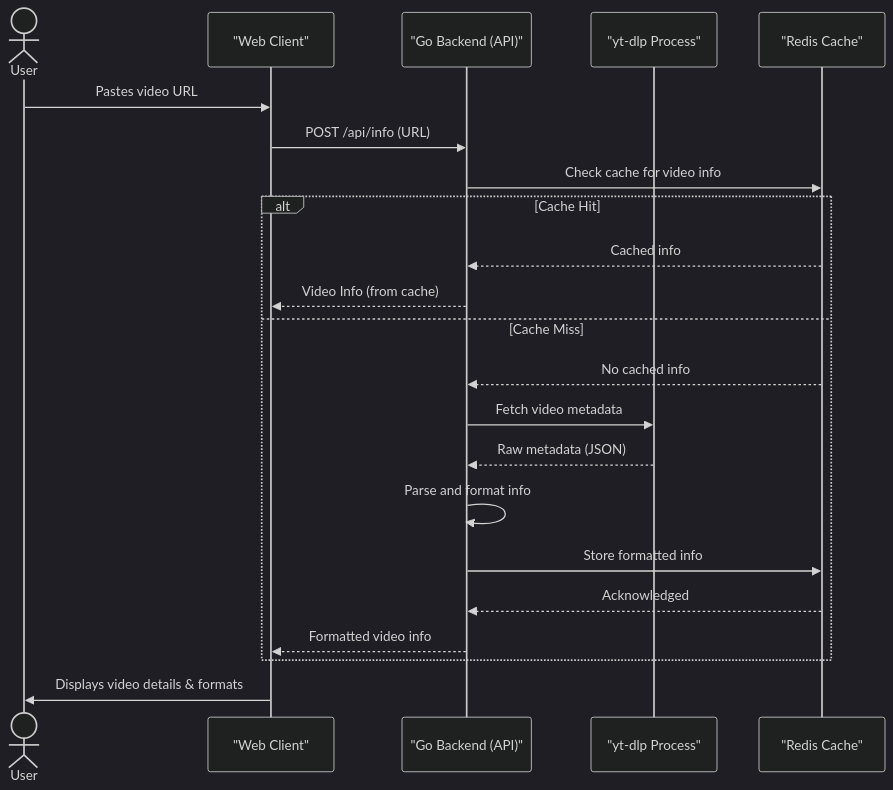
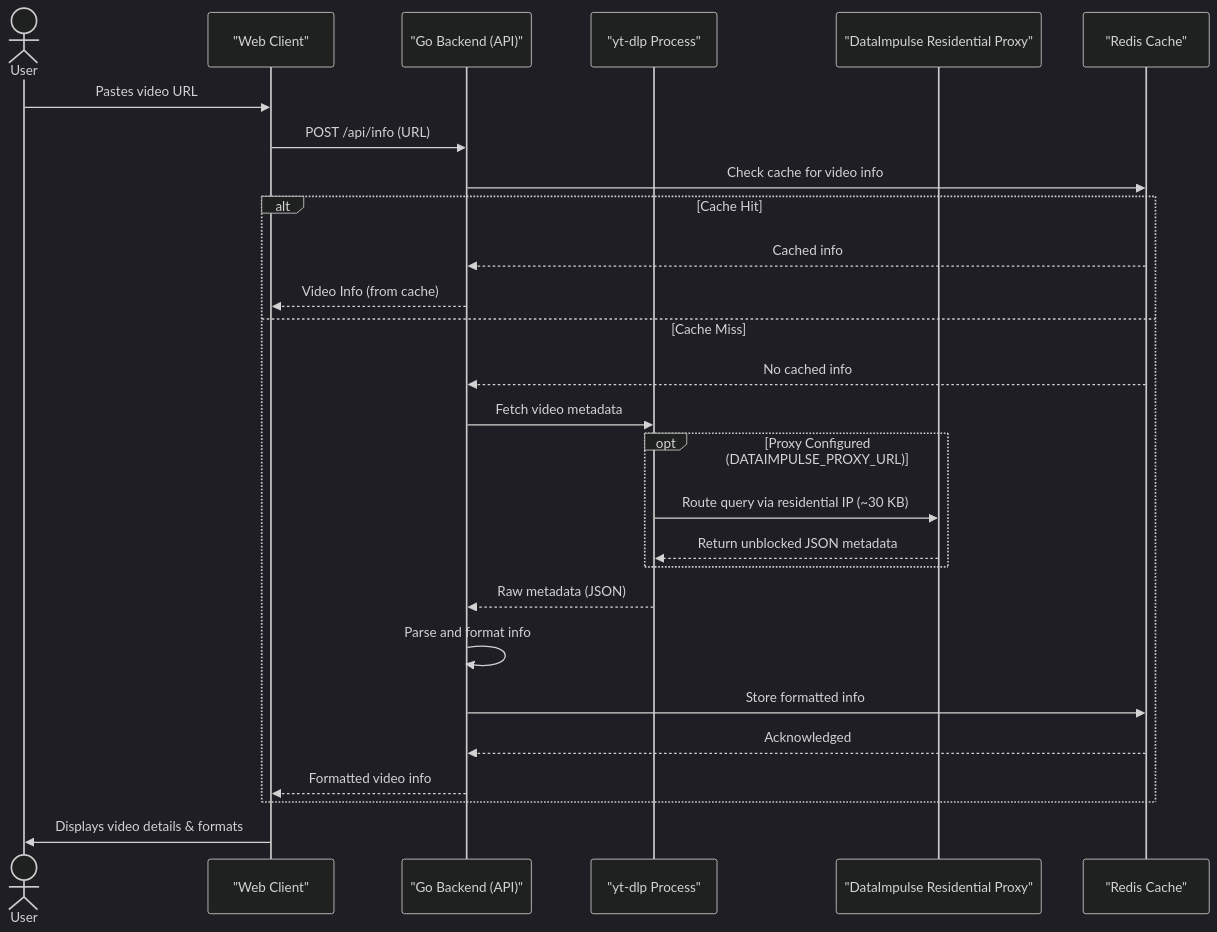
Before and after one commit to samueltuoyo15/SaveIt: the first of 3 diagrams in README.md, drawn with Mermaid (dark theme). The commit also changed other lines of this file and 4 other files, not shown here.

Commit message:
feat(ytdlp): add residential proxy support via DATAIMPULSE_PROXY_URL and update docs

````diff
--- a/README.md
+++ b/README.md
@@ -56,25 +56,30 @@
     ```mermaid
     sequenceDiagram
       actor User
       participant WebClient as "Web Client"
       participant GoBackend as "Go Backend (API)"
       participant YTDLP as "yt-dlp Process"
+      participant Proxy as "DataImpulse Residential Proxy"
       participant RedisCache as "Redis Cache"
 
       User->>WebClient: Pastes video URL
       WebClient->>GoBackend: POST /api/info (URL)
       GoBackend->>RedisCache: Check cache for video info
       alt Cache Hit
         RedisCache-->>GoBackend: Cached info
         GoBackend-->>WebClient: Video Info (from cache)
       else Cache Miss
         RedisCache-->>GoBackend: No cached info
         GoBackend->>YTDLP: Fetch video metadata
+        opt Proxy Configured (DATAIMPULSE_PROXY_URL)
+          YTDLP->>Proxy: Route query via residential IP (~30 KB)
+          Proxy-->>YTDLP: Return unblocked JSON metadata
+        end
         YTDLP-->>GoBackend: Raw metadata (JSON)
         GoBackend->>GoBackend: Parse and format info
         GoBackend->>RedisCache: Store formatted info
         RedisCache-->>GoBackend: Acknowledged
         GoBackend-->>WebClient: Formatted video info
       end
       WebClient->>User: Displays video details & formats
     ```
````
